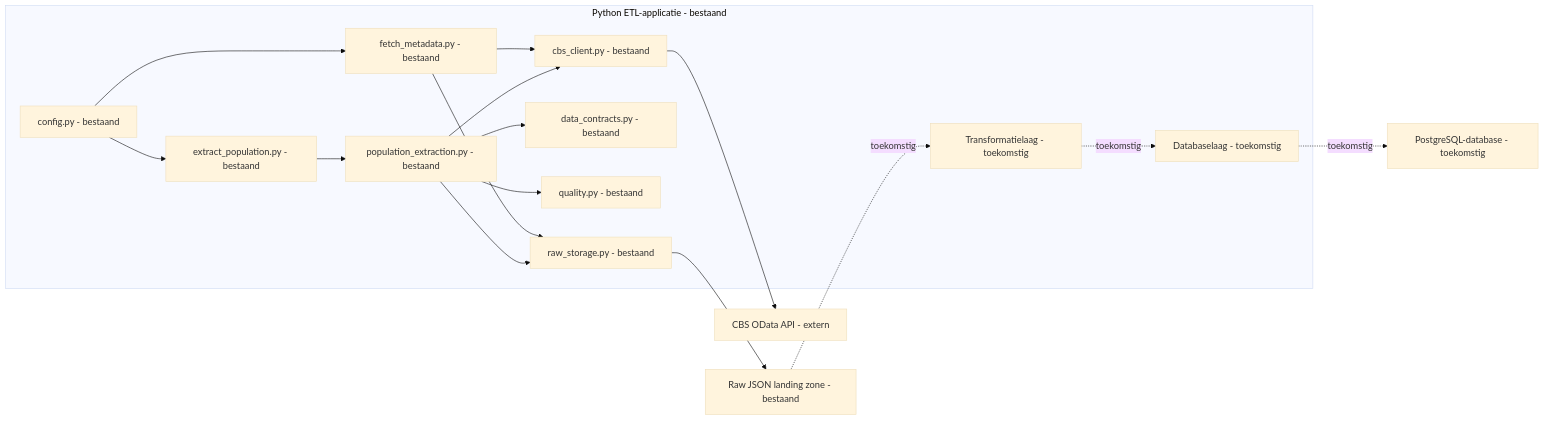
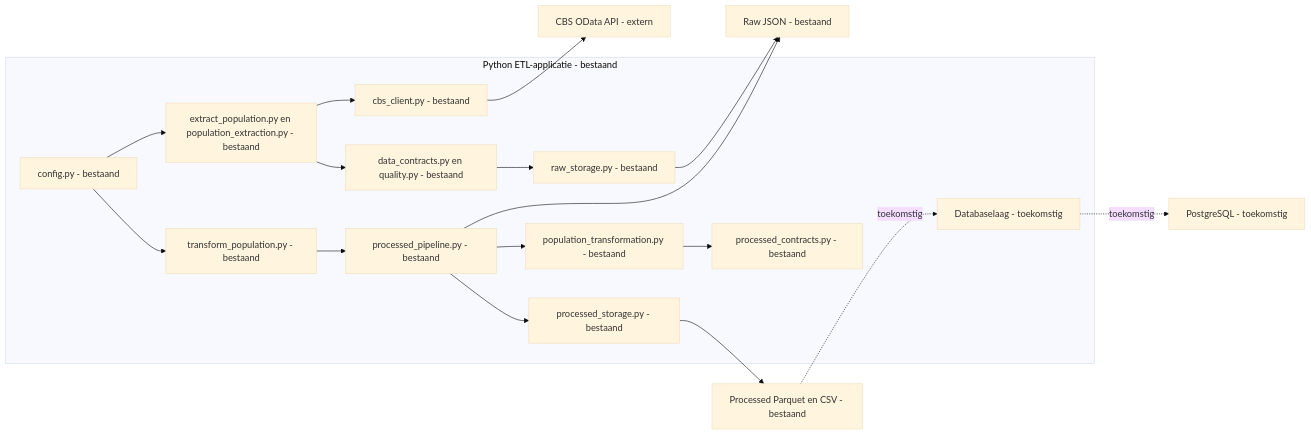
One commit to salahooo/gemeente-data-platform changed the third of 5 diagrams in docs/architecture.md. Above: the diagram before and after it, drawn with Mermaid (base theme). The commit also changed other lines of this file and 15 other files, not shown here.

Commit message:
feat: add processed municipal population model

````diff
--- a/docs/architecture.md
+++ b/docs/architecture.md
@@ -44,34 +42,36 @@
 ```mermaid
 flowchart LR
     subgraph app[Python ETL-applicatie - bestaand]
         config[config.py - bestaand]
-        metadata[fetch_metadata.py - bestaand]
-        command[extract_population.py - bestaand]
-        extraction[population_extraction.py - bestaand]
+        extraction[extract_population.py en population_extraction.py - bestaand]
         client[cbs_client.py - bestaand]
-        contracts[data_contracts.py - bestaand]
-        quality[quality.py - bestaand]
-        storage[raw_storage.py - bestaand]
-        transform[Transformatielaag - toekomstig]
+        rawcontracts[data_contracts.py en quality.py - bestaand]
+        rawstorage[raw_storage.py - bestaand]
+        runner[transform_population.py - bestaand]
+        pipeline[processed_pipeline.py - bestaand]
+        transformation[population_transformation.py - bestaand]
+        processedcontracts[processed_contracts.py - bestaand]
+        processedstorage[processed_storage.py - bestaand]
         database[Databaselaag - toekomstig]
     end
+    cbs[CBS OData API - extern]
+    raw[Raw JSON - bestaand]
+    processed[Processed Parquet en CSV - bestaand]
+    postgres[PostgreSQL - toekomstig]
 
-    cbs[CBS OData API - extern]
-    raw[Raw JSON landing zone - bestaand]
-    postgres[PostgreSQL-database - toekomstig]
-
-    config --> metadata
-    config --> command
-    metadata --> client
-    metadata --> storage
-    command --> extraction
+    config --> extraction
     extraction --> client
-    extraction --> contracts
-    extraction --> quality
-    extraction --> storage
     client --> cbs
-    storage --> raw
-    raw -. toekomstig .-> transform
-    transform -. toekomstig .-> database
+    extraction --> rawcontracts
+    rawcontracts --> rawstorage
+    rawstorage --> raw
+    config --> runner
+    runner --> pipeline
+    pipeline --> raw
+    pipeline --> transformation
+    transformation --> processedcontracts
+    pipeline --> processedstorage
+    processedstorage --> processed
+    processed -. toekomstig .-> database
     database -. toekomstig .-> postgres
 ```
````
